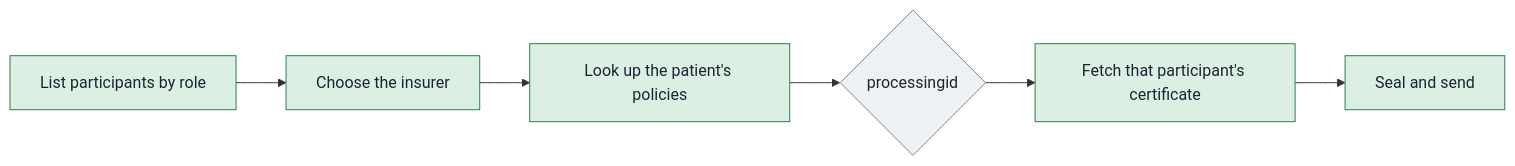
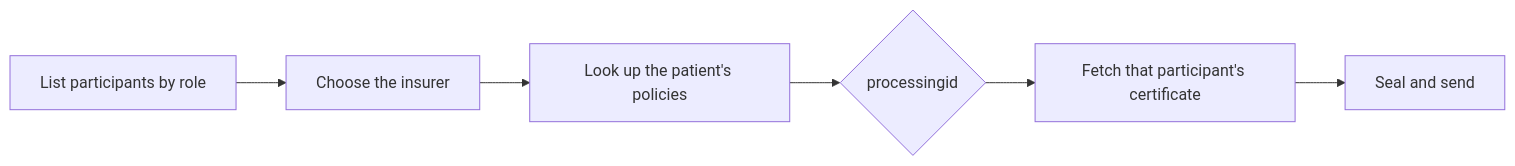
Before and after one commit to nha-in/docs: the diagram in site/docs/nhcx/v1/getting-started/finding-participants-and-policies.md, drawn with Mermaid. The commit also changed other lines of this file and 178 other files, not shown here.

````diff
--- a/site/docs/nhcx/v1/getting-started/finding-participants-and-policies.md
+++ b/site/docs/nhcx/v1/getting-started/finding-participants-and-policies.md
@@ -14,14 +15,8 @@
 ```mermaid
 flowchart LR
-  classDef provider fill:#DCEFE3,stroke:#2E7D4F,color:#1B2431
-  classDef payer fill:#DCE8F5,stroke:#2B5C9E,color:#1B2431
-  classDef exchange fill:#E3F0F0,stroke:#0F6E70,color:#1B2431
-  classDef other fill:#EEF1F4,stroke:#7A8797,color:#1B2431
   A[List participants by role] --> B[Choose the insurer]
   B --> C[Look up the patient's policies]
   C --> D{processingid}
   D --> E[Fetch that participant's certificate]
   E --> F[Seal and send]
-  class A,B,C,E,F provider
-  class D other
 ```
````
